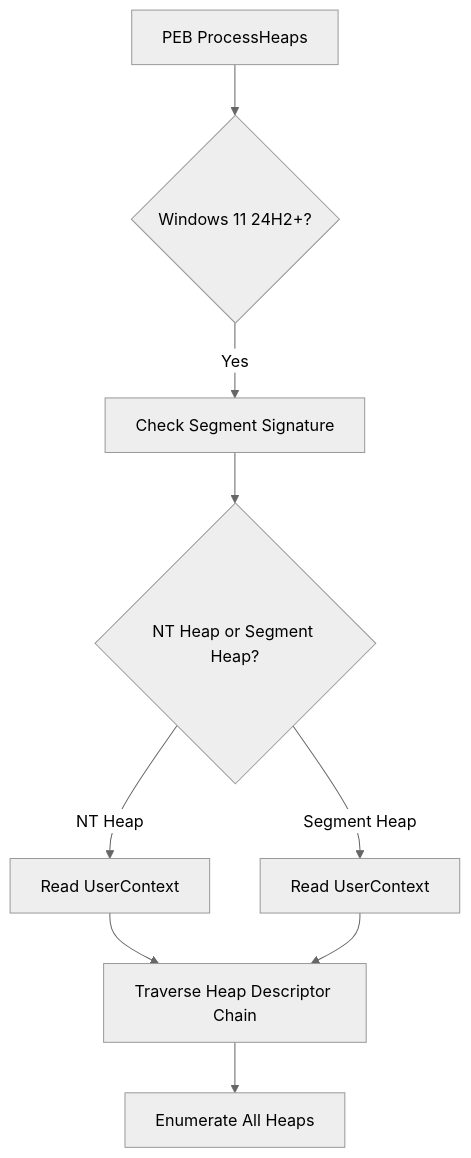
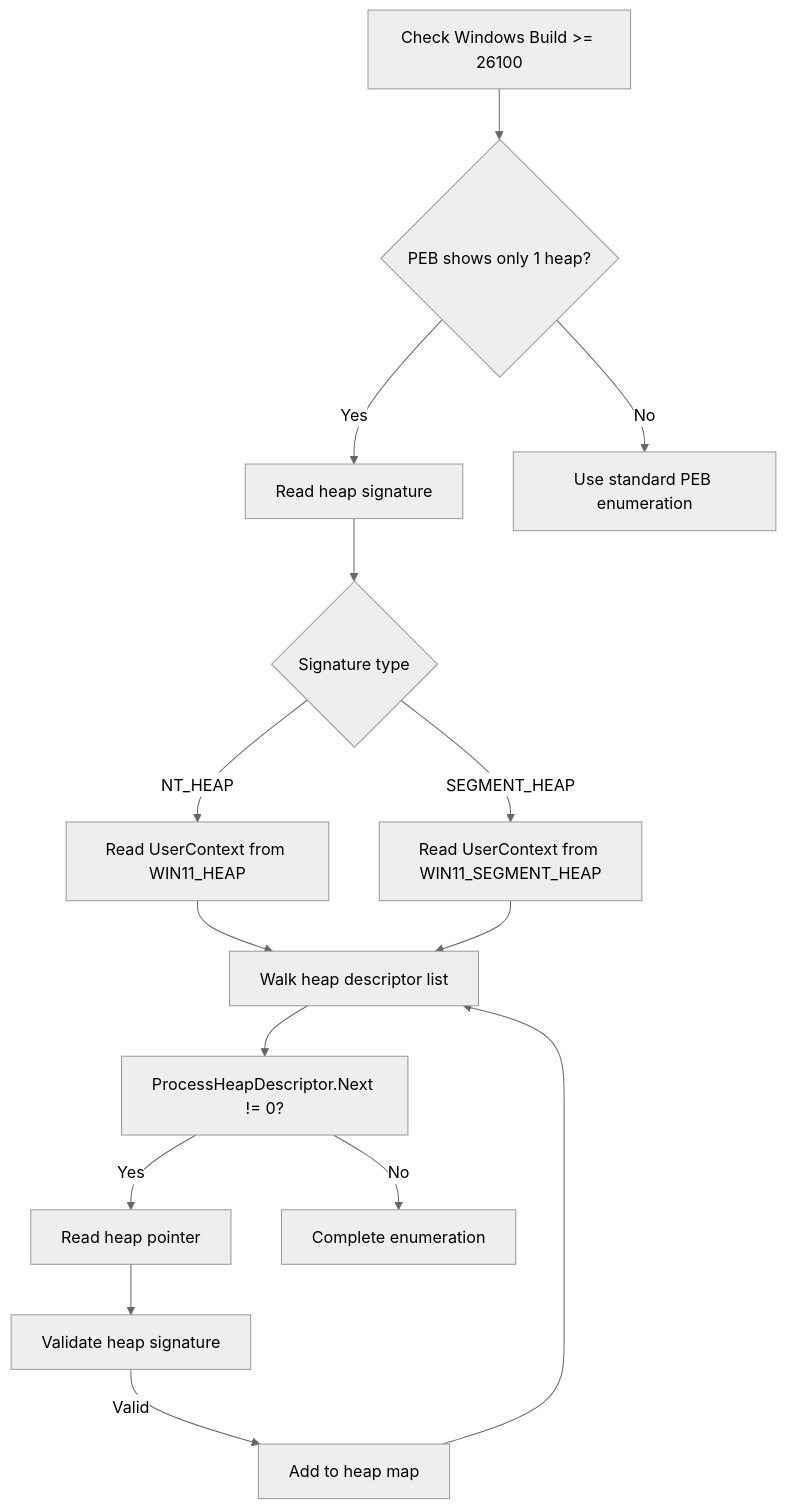
The fourth of 4 diagrams in docs/x64dbg--x64dbg-docs/Memory Management.md (FSoft-AI4Code/codewiki-demo), drawn with Mermaid (neutral theme) before and after one commit. The commit also changed other lines of this file and 1103 other files, not shown here.

````diff
--- a/docs/x64dbg--x64dbg-docs/Memory Management.md
+++ b/docs/x64dbg--x64dbg-docs/Memory Management.md
@@ -160,11 +222,21 @@
 ```mermaid
-graph TD
-    A[PEB ProcessHeaps] --> B{Windows 11 24H2+?}
-    B -->|Yes| C[Check Segment Signature]
-    C --> D{NT Heap or Segment Heap?}
-    D -->|NT Heap| E[Read UserContext]
-    D -->|Segment Heap| F[Read UserContext]
-    E --> G[Traverse Heap Descriptor Chain]
-    F --> G
-    G --> H[Enumerate All Heaps]
+flowchart TD
+    A[Check Windows Build >= 26100] --> B{PEB shows only 1 heap?}
+    B -->|Yes| C[Read heap signature]
+    B -->|No| D[Use standard PEB enumeration]
+    
+    C --> E{Signature type}
+    E -->|NT_HEAP| F[Read UserContext from WIN11_HEAP]
+    E -->|SEGMENT_HEAP| G[Read UserContext from WIN11_SEGMENT_HEAP]
+    
+    F --> H[Walk heap descriptor list]
+    G --> H
+    
+    H --> I[ProcessHeapDescriptor.Next != 0?]
+    I -->|Yes| J[Read heap pointer]
+    I -->|No| K[Complete enumeration]
+    
+    J --> L[Validate heap signature]
+    L -->|Valid| M[Add to heap map]
+    M --> H
 ```
````
